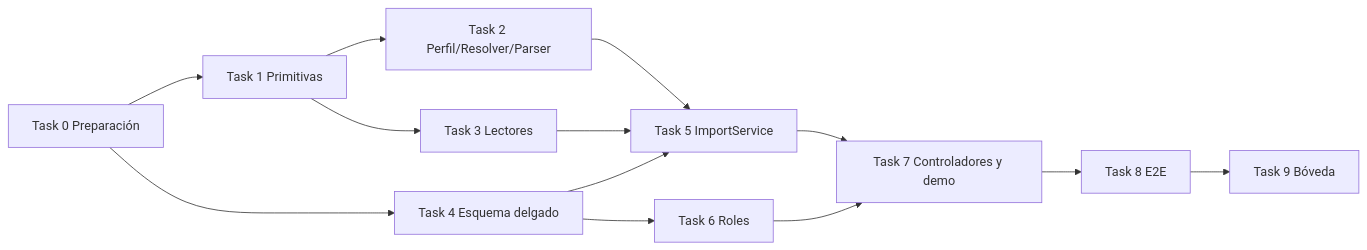
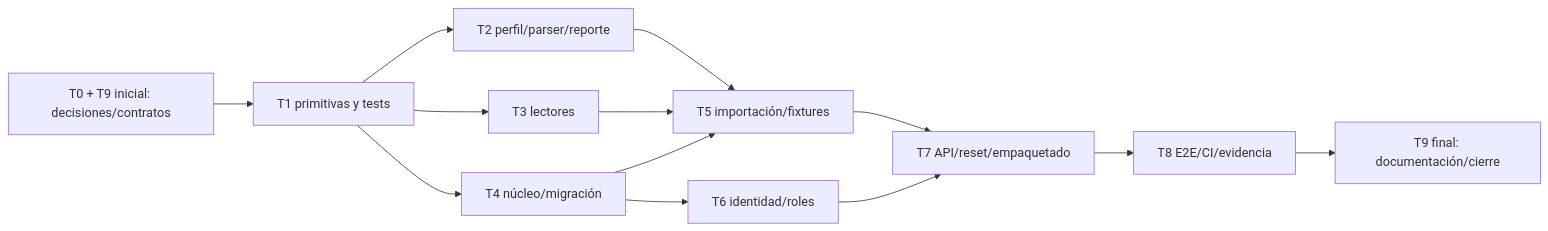
One commit to bryancito1090/istpetdev-platform changed the second of 2 diagrams in docs/specs/001-nucleo-delgado-importador/plan.md. Above: the diagram before and after it, drawn with Mermaid. The commit also changed other lines of this file and 103 other files, not shown here.

Commit message:
feat(api): implementar núcleo delgado de 27 tablas e importador canónico (spec 001)

````diff
--- a/docs/specs/001-nucleo-delgado-importador/plan.md
+++ b/docs/specs/001-nucleo-delgado-importador/plan.md
@@ -167,10 +464,15 @@
 ```mermaid
 flowchart LR
-  T0[Task 0 Preparación] --> T1[Task 1 Primitivas] --> T2[Task 2 Perfil/Resolver/Parser]
-  T1 --> T3[Task 3 Lectores]
-  T0 --> T4[Task 4 Esquema delgado]
-  T2 & T3 & T4 --> T5[Task 5 ImportService]
-  T4 --> T6[Task 6 Roles]
-  T5 & T6 --> T7[Task 7 Controladores y demo]
-  T7 --> T8[Task 8 E2E] --> T9[Task 9 Bóveda]
+  T0["T0 + T9 inicial: decisiones/contratos"] --> T1["T1 primitivas y tests"]
+  T1 --> T2["T2 perfil/parser/reporte"]
+  T1 --> T3["T3 lectores"]
+  T1 --> T4["T4 núcleo/migración"]
+  T2 --> T5["T5 importación/fixtures"]
+  T3 --> T5
+  T4 --> T5
+  T4 --> T6["T6 identidad/roles"]
+  T5 --> T7["T7 API/reset/empaquetado"]
+  T6 --> T7
+  T7 --> T8["T8 E2E/CI/evidencia"]
+  T8 --> T9["T9 final: documentación/cierre"]
 ```
````
